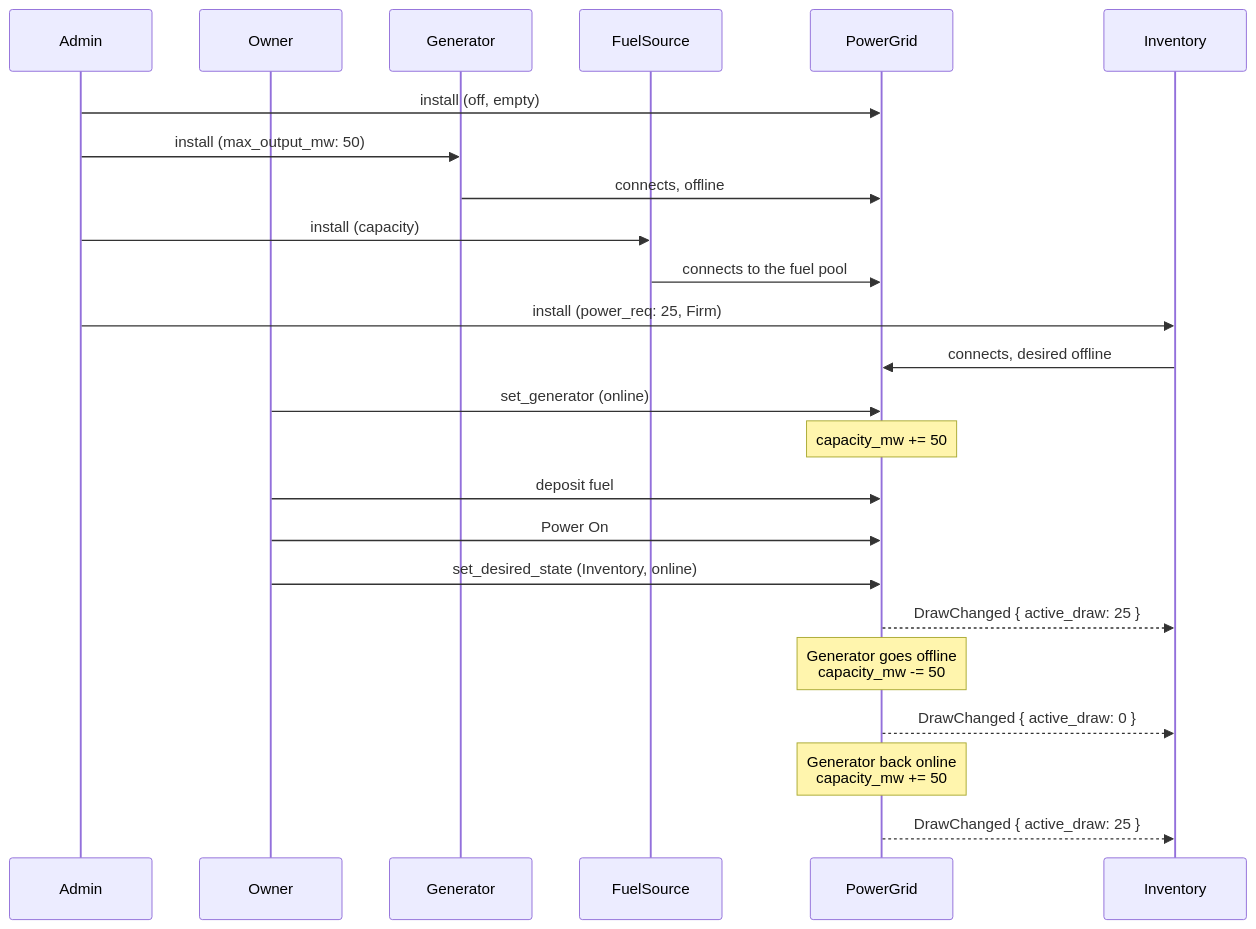
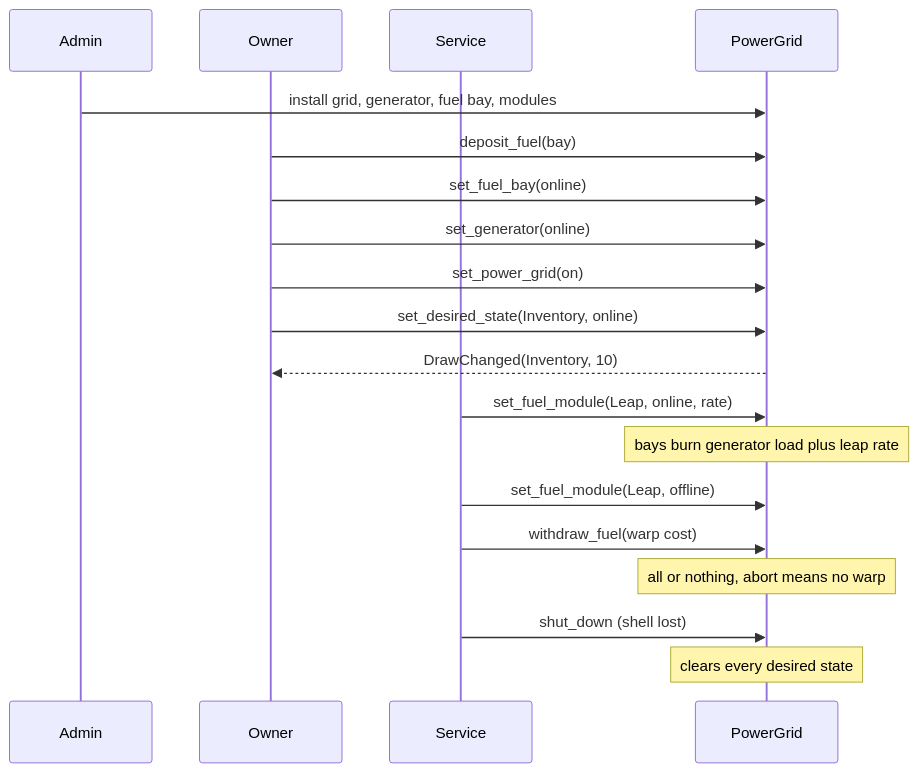
One commit to evefrontier/world-contracts changed the second of 2 diagrams in docs/adr/0005-onchain-power-network.md. Above: the diagram before and after it, drawn with Mermaid. The commit also changed other lines of this file and 25 other files, not shown here.

Commit message:
feat(power): per-bay fuel with online and offline bays

````diff
--- a/docs/adr/0005-onchain-power-network.md
+++ b/docs/adr/0005-onchain-power-network.md
@@ -69,29 +74,25 @@
 ```mermaid
 sequenceDiagram
     participant Admin
     participant Owner
-    participant Generator
-    participant FuelSource
-    participant PowerGrid
-    participant Inventory
+    participant Service
+    participant Grid as PowerGrid
 
-    Admin->>PowerGrid: install (off, empty)
-    Admin->>Generator: install (max_output_mw: 50)
-    Generator->>PowerGrid: connects, offline
-    Admin->>FuelSource: install (capacity)
-    FuelSource->>PowerGrid: connects to the fuel pool
-    Admin->>Inventory: install (power_req: 25, Firm)
-    Inventory->>PowerGrid: connects, desired offline
-    Owner->>PowerGrid: set_generator (online)
-    Note over PowerGrid: capacity_mw += 50
-    Owner->>PowerGrid: deposit fuel
-    Owner->>PowerGrid: Power On
-    Owner->>PowerGrid: set_desired_state (Inventory, online)
-    PowerGrid-->>Inventory: DrawChanged { active_draw: 25 }
+    Admin->>Grid: install grid, generator, fuel bay, modules
+    Owner->>Grid: deposit_fuel(bay)
+    Owner->>Grid: set_fuel_bay(online)
+    Owner->>Grid: set_generator(online)
+    Owner->>Grid: set_power_grid(on)
+    Owner->>Grid: set_desired_state(Inventory, online)
+    Grid-->>Owner: DrawChanged(Inventory, 10)
 
-    Note over PowerGrid: Generator goes offline<br/>capacity_mw -= 50
-    PowerGrid-->>Inventory: DrawChanged { active_draw: 0 }
+    Service->>Grid: set_fuel_module(Leap, online, rate)
+    Note over Grid: bays burn generator load plus leap rate
+    Service->>Grid: set_fuel_module(Leap, offline)
 
-    Note over PowerGrid: Generator back online<br/>capacity_mw += 50
-    PowerGrid-->>Inventory: DrawChanged { active_draw: 25 }
+    Service->>Grid: withdraw_fuel(warp cost)
+    Note over Grid: all or nothing, abort means no warp
+
+    Service->>Grid: shut_down (shell lost)
+    Note over Grid: clears every desired state
 ```
````
